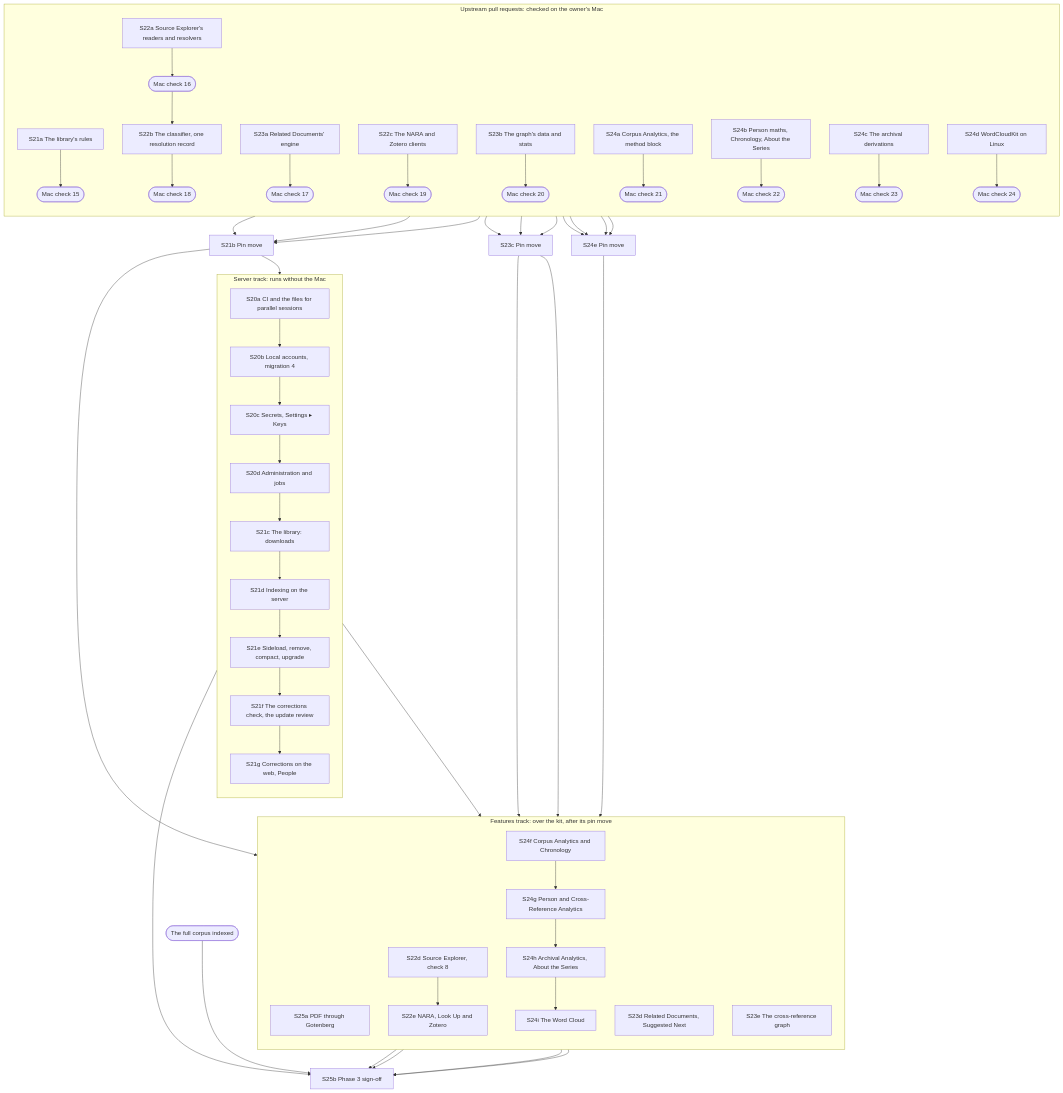
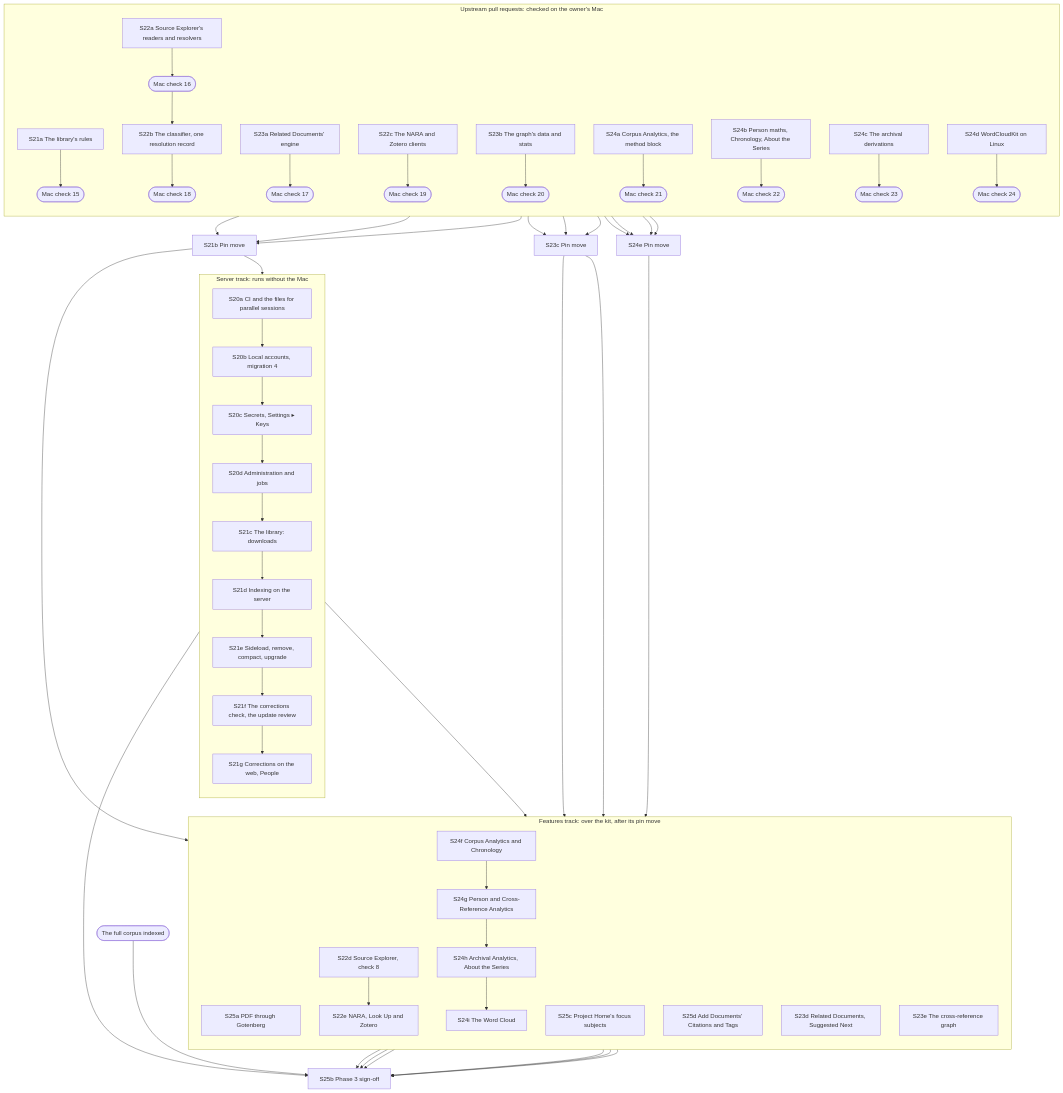
One commit to joshbotts/FRUS-Explorer-Web-App changed the third of 3 diagrams in docs/PLAN.md. Above: the diagram before and after it, drawn with Mermaid. The commit also changed other lines of this file and 4 other files, not shown here.

````diff
--- a/docs/PLAN.md
+++ b/docs/PLAN.md
@@ -325,50 +325,54 @@
 ```mermaid
 flowchart TB
   subgraph server["Server track: runs without the Mac"]
     direction TB
     S20a["S20a CI and the files for parallel sessions"] --> S20b["S20b Local accounts, migration 4"] --> S20c["S20c Secrets, Settings ▸ Keys"] --> S20d["S20d Administration and jobs"]
     S20d --> S21c["S21c The library: downloads"] --> S21d["S21d Indexing on the server"] --> S21e["S21e Sideload, remove, compact, upgrade"] --> S21f["S21f The corrections check, the update review"] --> S21g["S21g Corrections on the web, People"]
   end
   subgraph core["Upstream pull requests: checked on the owner's Mac"]
     direction TB
     S21a["S21a The library's rules"] --> M15(["Mac check 15"])
     S22a["S22a Source Explorer's readers and resolvers"] --> M16(["Mac check 16"]) --> S22b["S22b The classifier, one resolution record"] --> M18(["Mac check 18"])
     S23a["S23a Related Documents' engine"] --> M17(["Mac check 17"])
     S22c["S22c The NARA and Zotero clients"] --> M19(["Mac check 19"])
     S23b["S23b The graph's data and stats"] --> M20(["Mac check 20"])
     S24a["S24a Corpus Analytics, the method block"] --> M21(["Mac check 21"])
     S24b["S24b Person maths, Chronology, About the Series"] --> M22(["Mac check 22"])
     S24c["S24c The archival derivations"] --> M23(["Mac check 23"])
     S24d["S24d WordCloudKit on Linux"] --> M24(["Mac check 24"])
   end
   subgraph features["Features track: over the kit, after its pin move"]
     direction TB
     S25a["S25a PDF through Gotenberg"]
+    S25c["S25c Project Home's focus subjects"]
+    S25d["S25d Add Documents' Citations and Tags"]
     S23d["S23d Related Documents, Suggested Next"]
     S23e["S23e The cross-reference graph"]
     S22d["S22d Source Explorer, check 8"] --> S22e["S22e NARA, Look Up and Zotero"]
     S24f["S24f Corpus Analytics and Chronology"] --> S24g["S24g Person and Cross-Reference Analytics"] --> S24h["S24h Archival Analytics, About the Series"] --> S24i["S24i The Word Cloud"]
   end
   M15 --> S21b["S21b Pin move"]
   M16 --> S21b
   M17 --> S21b
   S21b --> S21c
   S21b --> S23d
   M18 --> S23c["S23c Pin move"]
   M19 --> S23c
   M20 --> S23c
   S23c --> S22d
   S23c --> S23e
   S20c --> S22e
   M21 --> S24e["S24e Pin move"]
   M22 --> S24e
   M23 --> S24e
   M24 --> S24e
   S24e --> S24f
   S21g --> S25b["S25b Phase 3 sign-off"]
   S22e --> S25b
   S23e --> S25b
   S24i --> S25b
   S25a --> S25b
+  S25c --> S25b
+  S25d --> S25b
   FC(["The full corpus indexed"]) --> S25b
 ```
````
